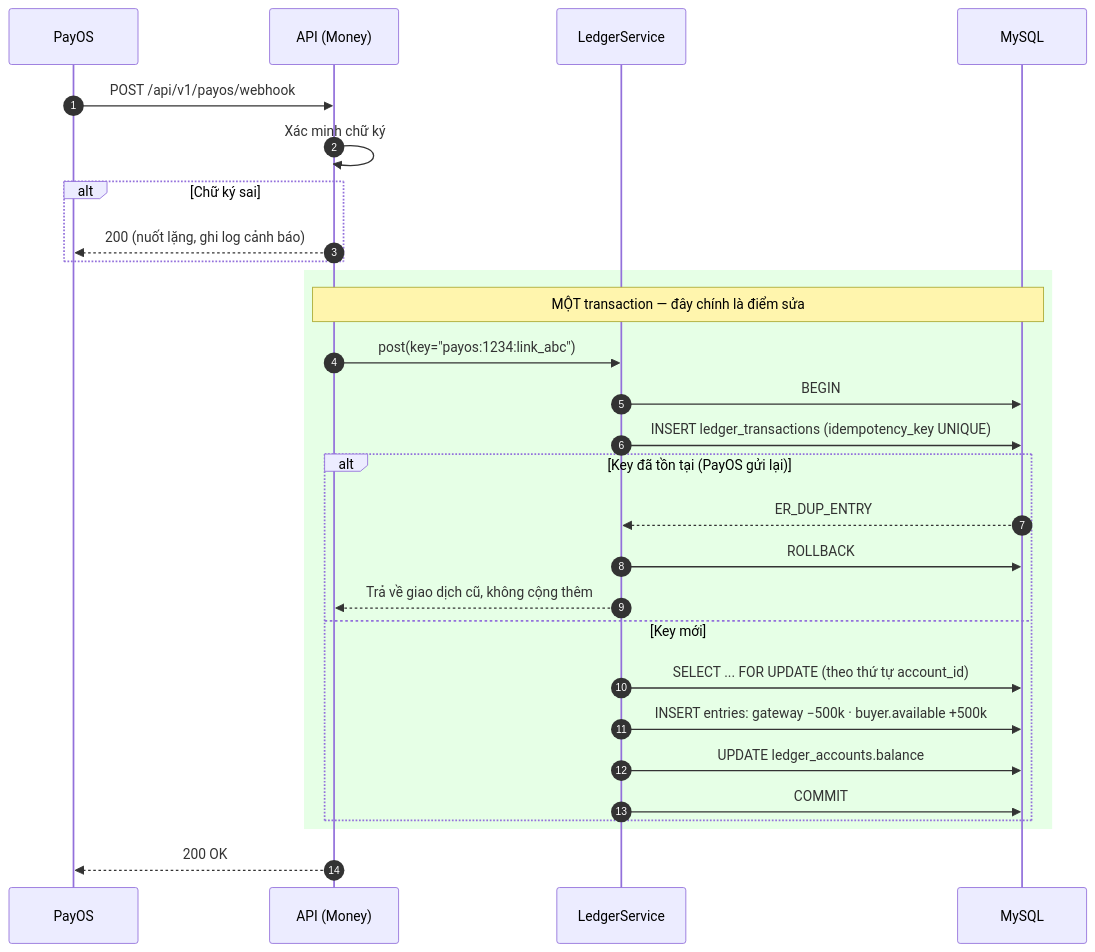
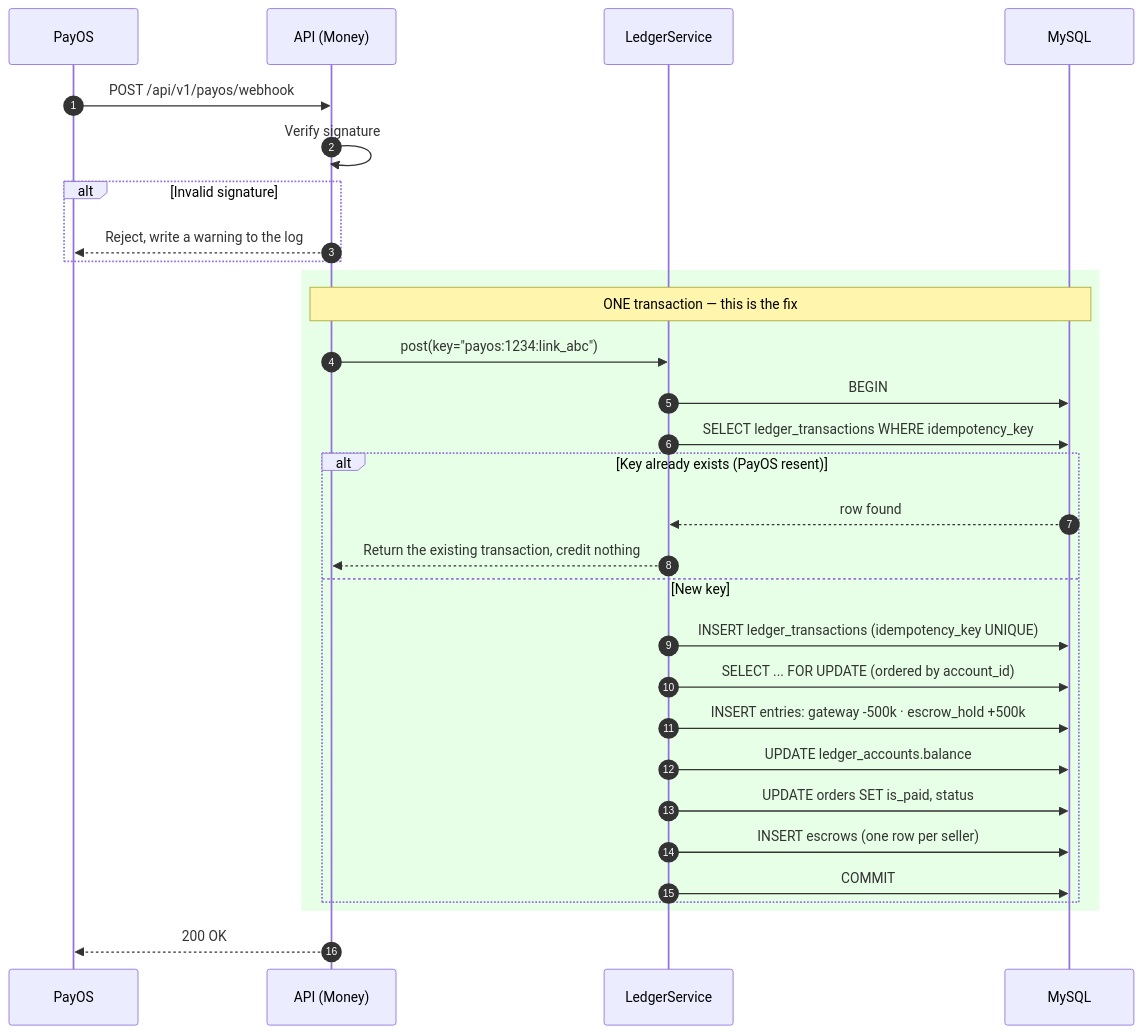
One commit to tdat-dev/Zoldify_Backend changed the tenth of 18 diagrams in docs/system-design/2026-08-06-zoldify-diagrams.md. Above: the diagram before and after it, drawn with Mermaid. The commit also changed other lines of this file, not shown here.

First line of the commit message:
Docs: Dịch nhãn 18 sơ đồ cũ sang tiếng Anh

````diff
--- a/docs/system-design/2026-08-06-zoldify-diagrams.md
+++ b/docs/system-design/2026-08-06-zoldify-diagrams.md
@@ -477,34 +489,36 @@
 ```mermaid
 sequenceDiagram
     autonumber
     participant P as PayOS
     participant API as API (Money)
     participant L as LedgerService
     participant DB as MySQL
 
     P->>API: POST /api/v1/payos/webhook
-    API->>API: Xác minh chữ ký
-    alt Chữ ký sai
-        API-->>P: 200 (nuốt lặng, ghi log cảnh báo)
+    API->>API: Verify signature
+    alt Invalid signature
+        API-->>P: Reject, write a warning to the log
     end
 
     rect rgb(230, 255, 230)
-        note over API,DB: MỘT transaction — đây chính là điểm sửa
+        note over API,DB: ONE transaction — this is the fix
         API->>L: post(key="payos:1234:link_abc")
         L->>DB: BEGIN
-        L->>DB: INSERT ledger_transactions (idempotency_key UNIQUE)
+        L->>DB: SELECT ledger_transactions WHERE idempotency_key
 
-        alt Key đã tồn tại (PayOS gửi lại)
-            DB-->>L: ER_DUP_ENTRY
-            L->>DB: ROLLBACK
-            L-->>API: Trả về giao dịch cũ, không cộng thêm
-        else Key mới
-            L->>DB: SELECT ... FOR UPDATE (theo thứ tự account_id)
-            L->>DB: INSERT entries: gateway −500k · buyer.available +500k
+        alt Key already exists (PayOS resent)
+            DB-->>L: row found
+            L-->>API: Return the existing transaction, credit nothing
+        else New key
+            L->>DB: INSERT ledger_transactions (idempotency_key UNIQUE)
+            L->>DB: SELECT ... FOR UPDATE (ordered by account_id)
+            L->>DB: INSERT entries: gateway -500k · escrow_hold +500k
             L->>DB: UPDATE ledger_accounts.balance
+            L->>DB: UPDATE orders SET is_paid, status
+            L->>DB: INSERT escrows (one row per seller)
             L->>DB: COMMIT
         end
     end
 
     API-->>P: 200 OK
 ```
````
